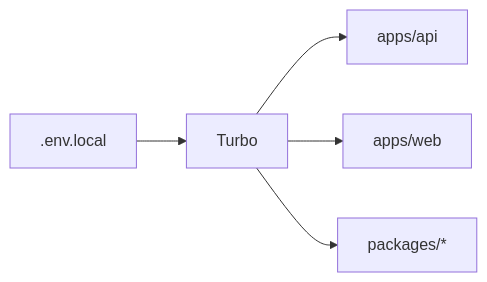
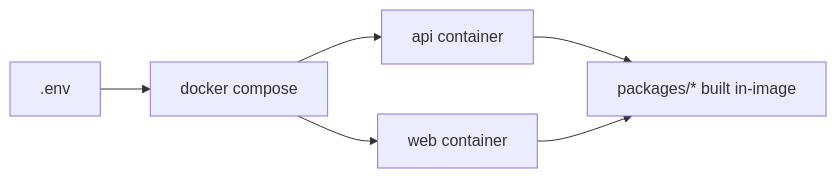
One commit to OwlRepo/optra changed the diagram in docs/ENVIRONMENT_SETUP.md. Above: the diagram before and after it, drawn with Mermaid. The commit also changed other lines of this file and 34 other files, not shown here.

````diff
--- a/docs/ENVIRONMENT_SETUP.md
+++ b/docs/ENVIRONMENT_SETUP.md
@@ -77,7 +78,8 @@
 ```mermaid
 graph LR
-    A[.env.local] --> B[Turbo]
-    B --> C[apps/api]
-    B --> D[apps/web]
-    B --> E[packages/*]
+    A[.env] --> B[docker compose]
+    B --> C[api container]
+    B --> D[web container]
+    C --> E[packages/* built in-image]
+    D --> E
 ```
````
